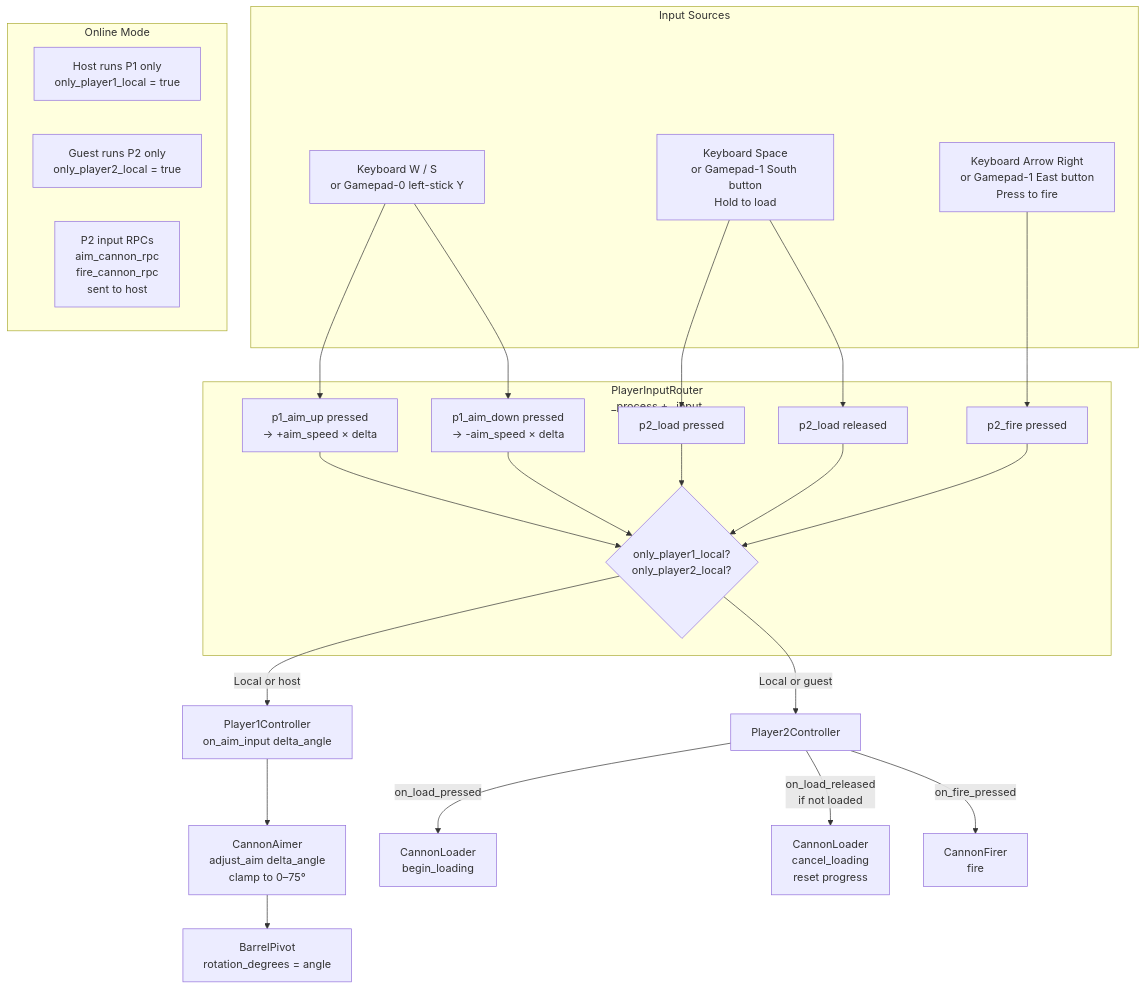
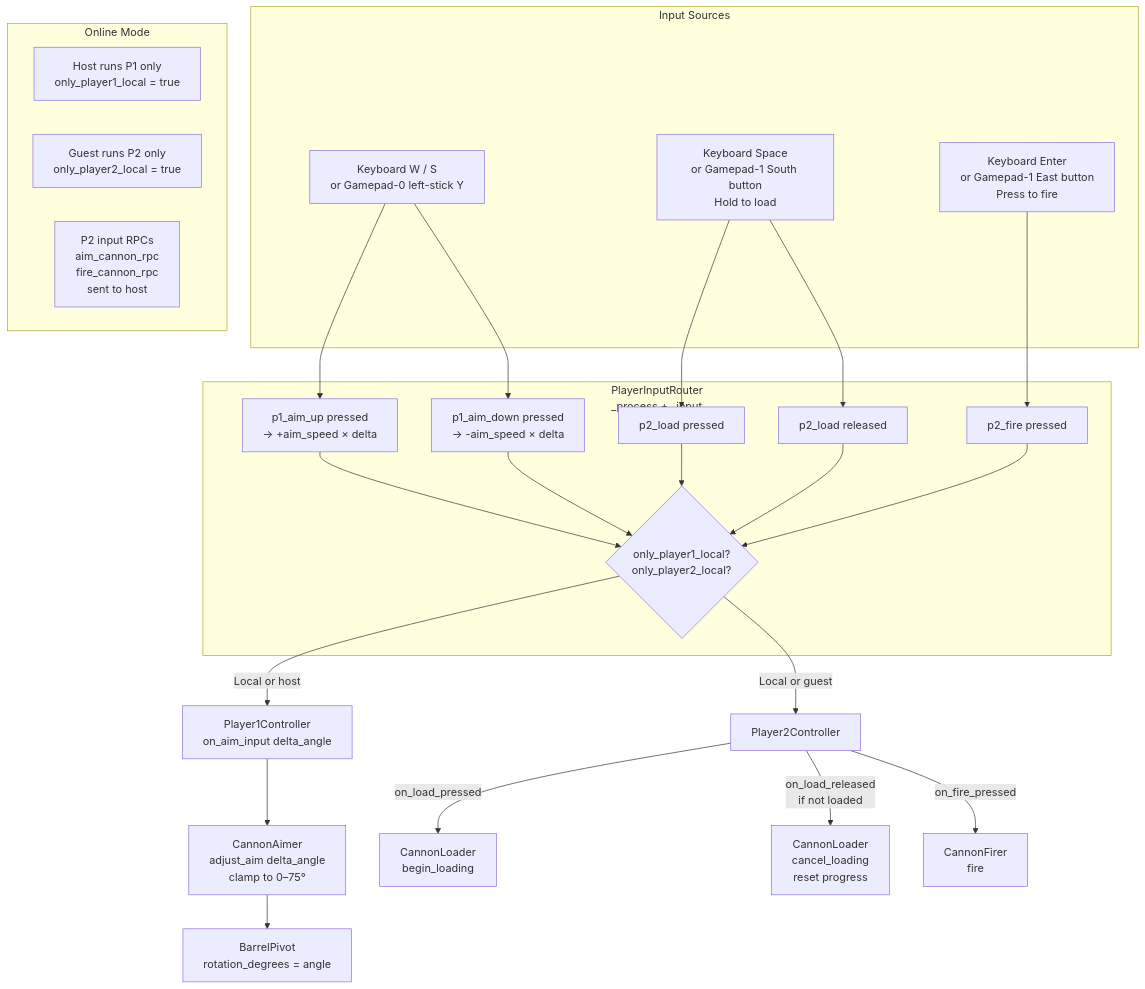
One commit to aizatrosli/meriam changed the fourth of 15 diagrams in docs/GAME_FLOWCHARTS.md. Above: the diagram before and after it, drawn with Mermaid. The commit also changed other lines of this file and 3 other files, not shown here.

````diff
--- a/docs/GAME_FLOWCHARTS.md
+++ b/docs/GAME_FLOWCHARTS.md
@@ -203,40 +221,40 @@
 ```mermaid
 flowchart TD
     subgraph INPUT_SOURCES[Input Sources]
         KB_P1[Keyboard W / S\nor Gamepad-0 left-stick Y]
         KB_P2_LOAD[Keyboard Space\nor Gamepad-1 South button\nHold to load]
-        KB_P2_FIRE[Keyboard Arrow Right\nor Gamepad-1 East button\nPress to fire]
+        KB_P2_FIRE[Keyboard Enter\nor Gamepad-1 East button\nPress to fire]
     end
 
     subgraph ROUTER[PlayerInputRouter\n_process + _input]
         ROUTE_P1{only_player1_local?\nonly_player2_local?}
         AIM_UP[p1_aim_up pressed\n→ +aim_speed × delta]
         AIM_DOWN[p1_aim_down pressed\n→ -aim_speed × delta]
         LOAD_PRESS[p2_load pressed]
         LOAD_RELEASE[p2_load released]
         FIRE_PRESS[p2_fire pressed]
     end
 
     KB_P1 --> AIM_UP & AIM_DOWN
     KB_P2_LOAD --> LOAD_PRESS & LOAD_RELEASE
     KB_P2_FIRE --> FIRE_PRESS
 
     AIM_UP & AIM_DOWN --> ROUTE_P1
     LOAD_PRESS & LOAD_RELEASE & FIRE_PRESS --> ROUTE_P1
 
     ROUTE_P1 -->|Local or host| P1C[Player1Controller\non_aim_input delta_angle]
     ROUTE_P1 -->|Local or guest| P2C[Player2Controller]
 
     P1C --> AIMER[CannonAimer\nadjust_aim delta_angle\nclamp to 0–75°]
     AIMER --> BARREL[BarrelPivot\nrotation_degrees = angle]
 
     P2C --> |on_load_pressed| LOADER[CannonLoader\nbegin_loading]
     P2C --> |on_load_released\nif not loaded| LOADER_CANCEL[CannonLoader\ncancel_loading\nreset progress]
     P2C --> |on_fire_pressed| FIRER[CannonFirer\nfire]
 
     subgraph ONLINE_NOTE[Online Mode]
         HOST_NOTE[Host runs P1 only\nonly_player1_local = true]
         GUEST_NOTE[Guest runs P2 only\nonly_player2_local = true]
         RPC_NOTE[P2 input RPCs\naim_cannon_rpc\nfire_cannon_rpc\nsent to host]
     end
 ```
````
